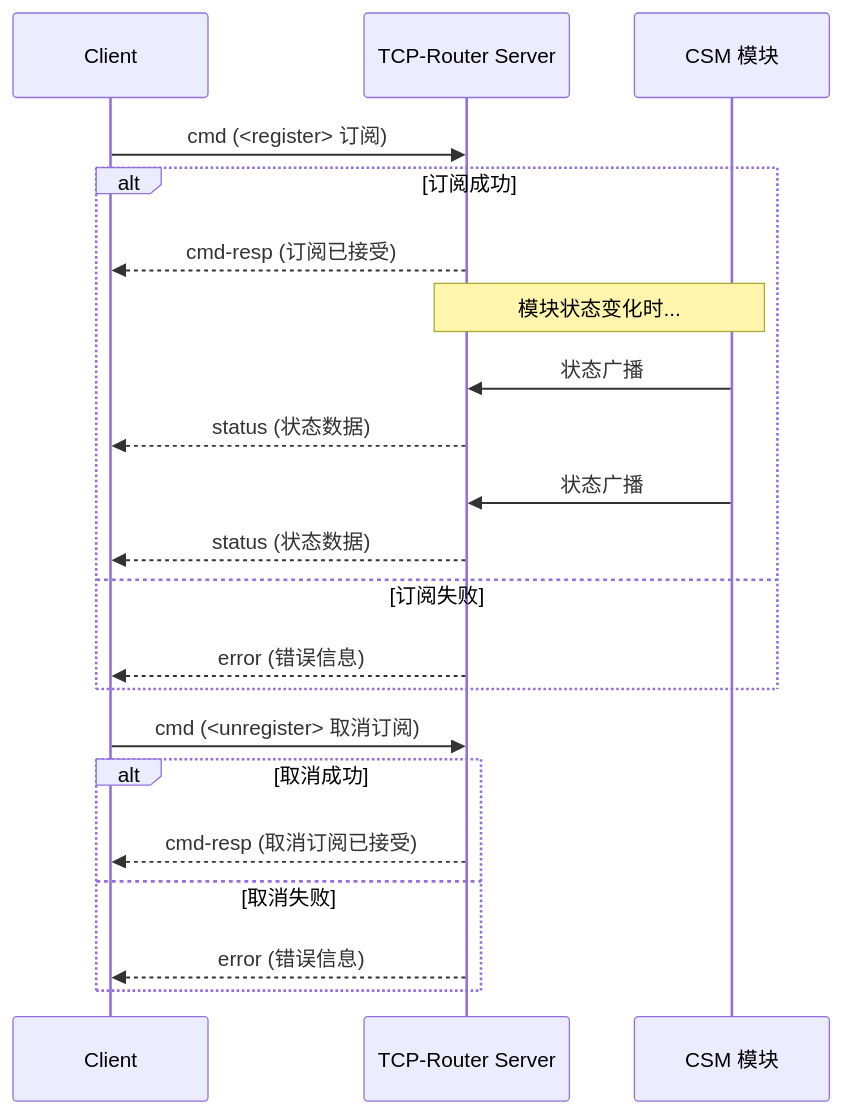
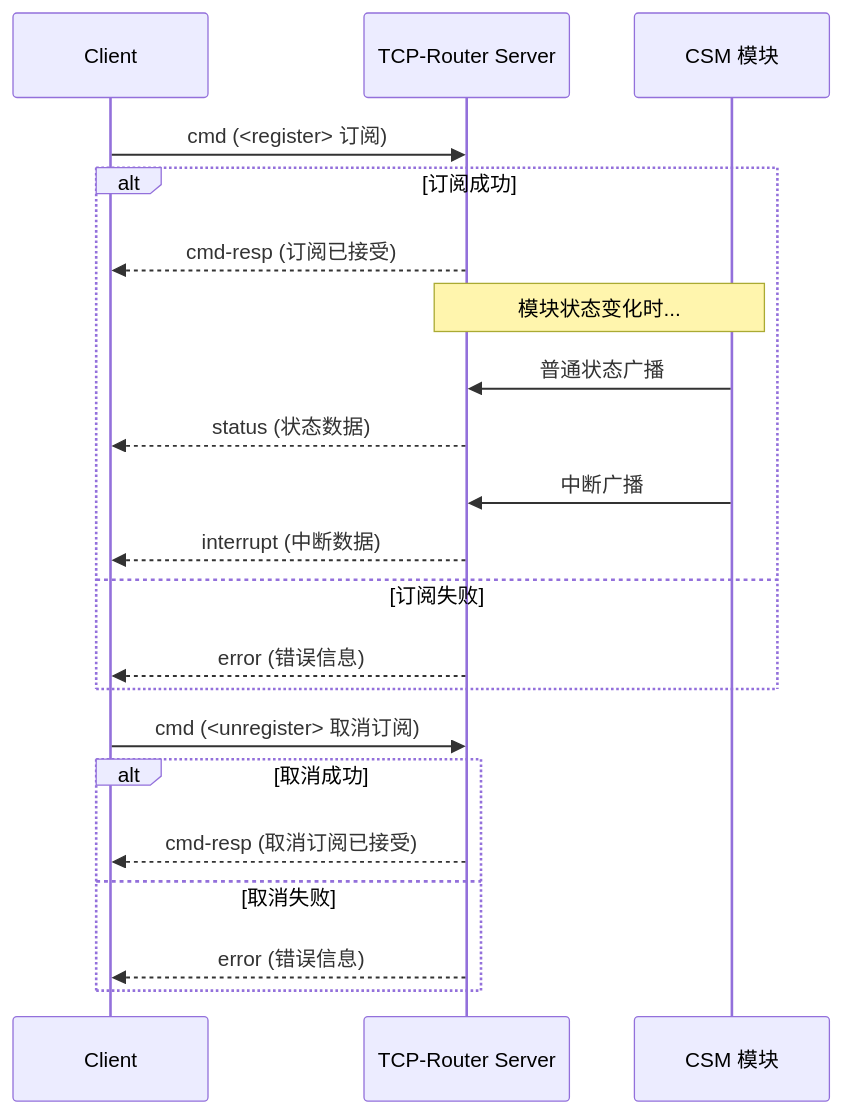
Before and after one commit to NEVSTOP-LAB/CSM-TCP-Router-App: the fourth of 4 diagrams in .doc/Protocol.v0.(zh-cn).md, drawn with Mermaid. The commit also changed other lines of this file, not shown here.

Commit message:
根据审查意见更新 Protocol.v0.(zh-cn).md：修正包类型值、同步流程和异步流程图

````diff
--- a/.doc/Protocol.v0.(zh-cn).md
+++ b/.doc/Protocol.v0.(zh-cn).md
@@ -184,25 +191,25 @@
 ```mermaid
 sequenceDiagram
     participant C as Client
     participant S as TCP-Router Server
     participant M as CSM 模块
 
     C->>S: cmd (<register> 订阅)
     alt 订阅成功
         S-->>C: cmd-resp (订阅已接受)
         Note over M,S: 模块状态变化时...
-        M->>S: 状态广播
+        M->>S: 普通状态广播
         S-->>C: status (状态数据)
-        M->>S: 状态广播
-        S-->>C: status (状态数据)
+        M->>S: 中断广播
+        S-->>C: interrupt (中断数据)
     else 订阅失败
         S-->>C: error (错误信息)
     end
 
     C->>S: cmd (<unregister> 取消订阅)
     alt 取消成功
         S-->>C: cmd-resp (取消订阅已接受)
     else 取消失败
         S-->>C: error (错误信息)
     end
 ```
````
